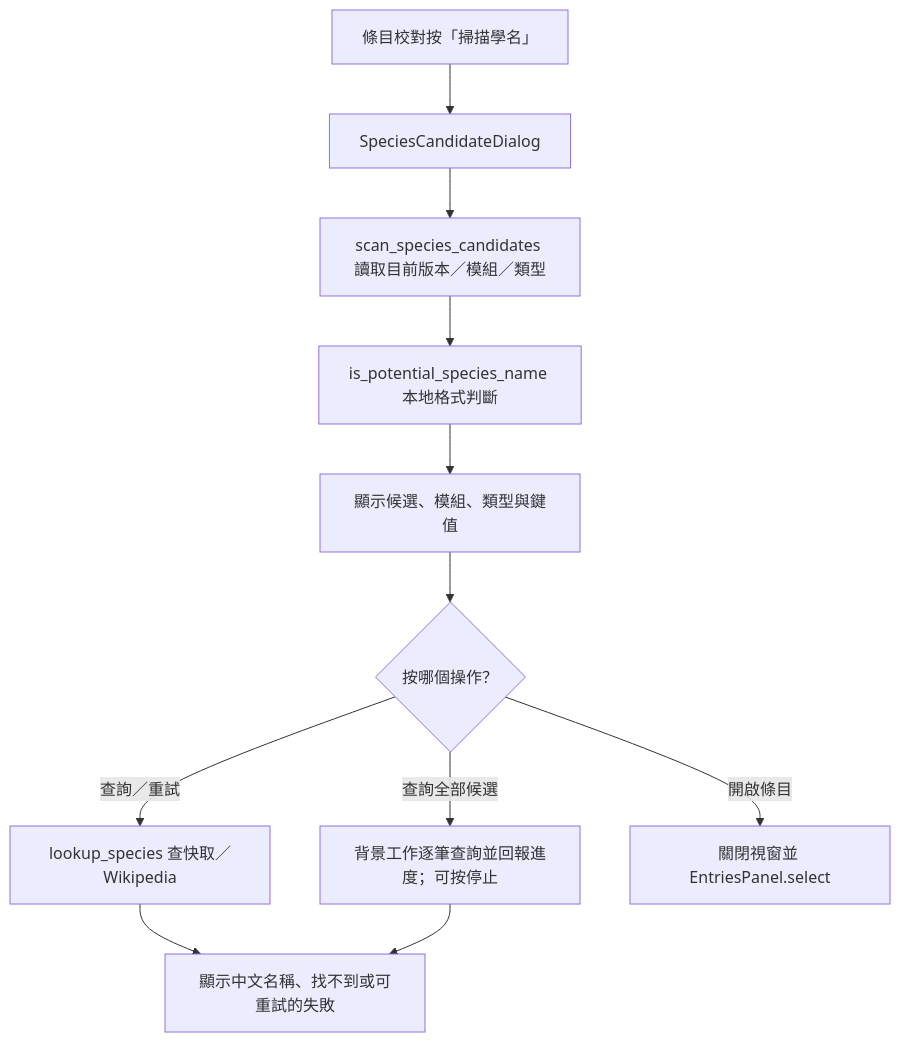
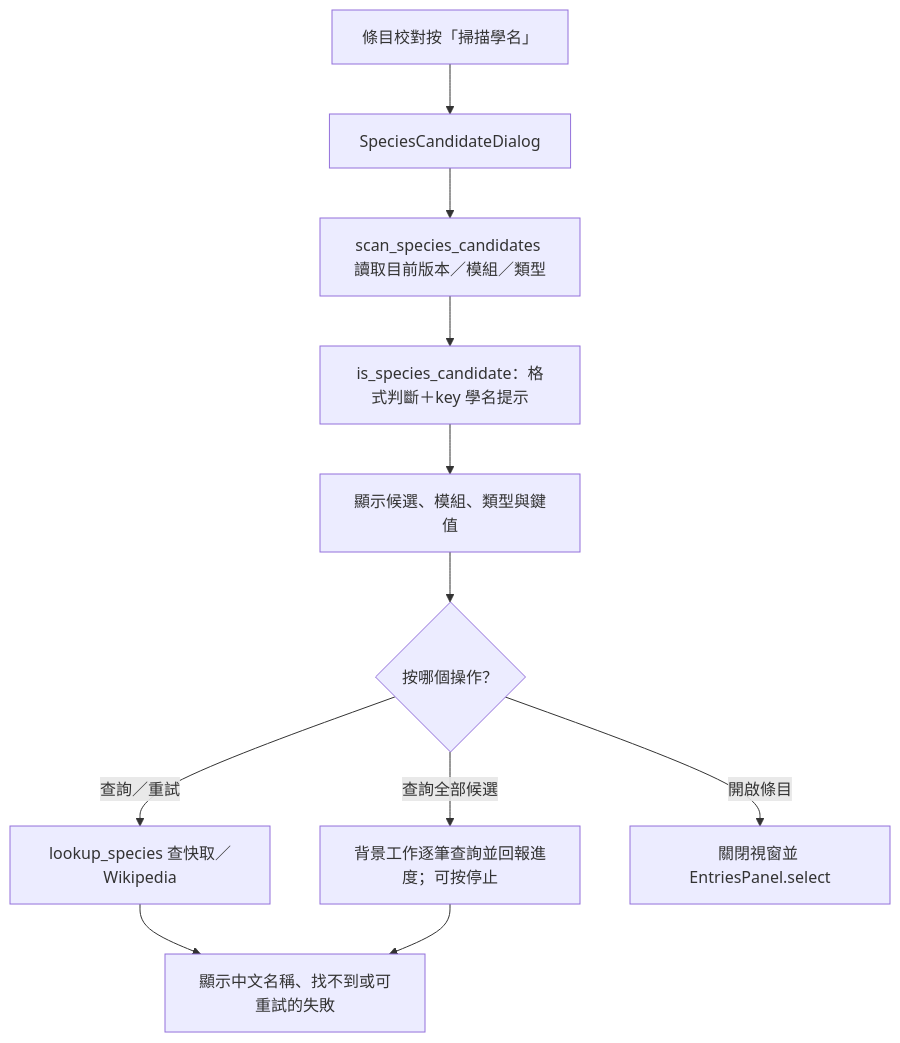
One commit to jlin53882/Minecraft-translate changed the fourth of 7 diagrams in docs/page_flows/moddb.md. Above: the diagram before and after it, drawn with Mermaid. The commit also changed other lines of this file and 5 other files, not shown here.

First line of the commit message:
fix(moddb): species candidates require a species key hint or taxonomic marker

````diff
--- a/docs/page_flows/moddb.md
+++ b/docs/page_flows/moddb.md
@@ -81,13 +81,13 @@
 ```mermaid
 flowchart TD
     A["條目校對按「掃描學名」"] --> B["SpeciesCandidateDialog"]
     B --> C["scan_species_candidates 讀取目前版本／模組／類型"]
-    C --> D["is_potential_species_name 本地格式判斷"]
+    C --> D["is_species_candidate：格式判斷＋key 學名提示"]
     D --> E["顯示候選、模組、類型與鍵值"]
     E --> F{"按哪個操作？"}
     F -- "查詢／重試" --> G["lookup_species 查快取／Wikipedia"]
     F -- "查詢全部候選" --> H["背景工作逐筆查詢並回報進度；可按停止"]
     F -- "開啟條目" --> I["關閉視窗並 EntriesPanel.select"]
     G --> J["顯示中文名稱、找不到或可重試的失敗"]
     H --> J
 ```
````
